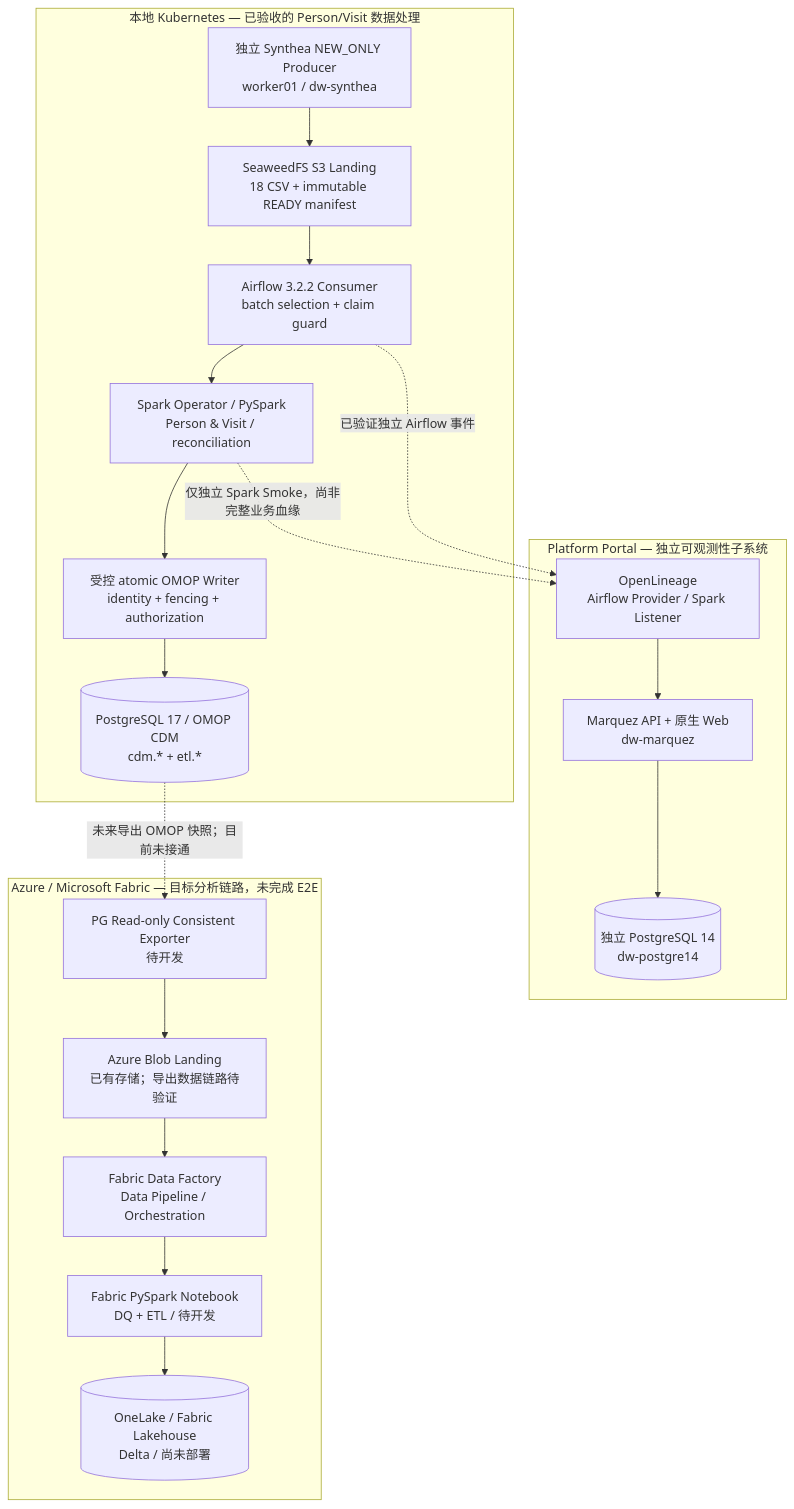
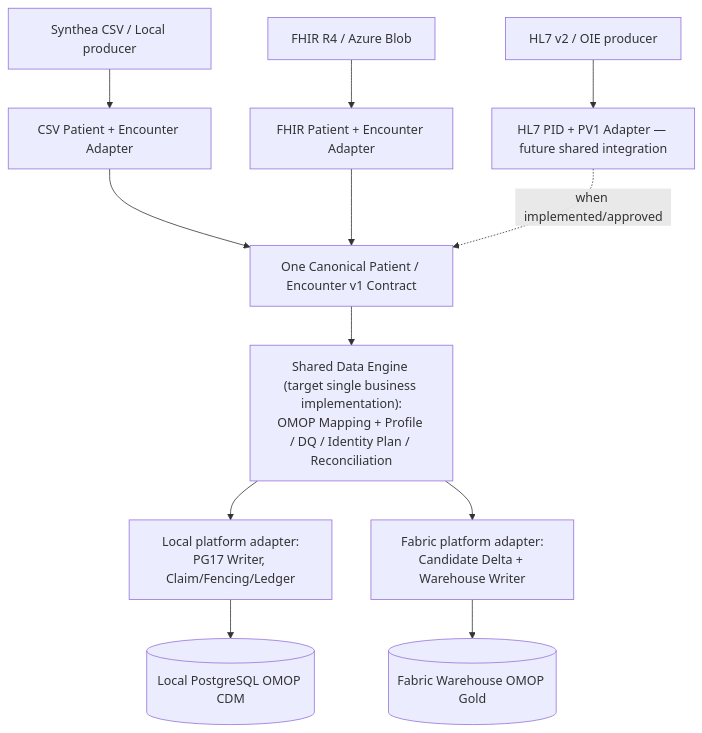
One commit to JohnZhang-DataForge/healthcare-data-platform changed the diagram in documents/architecture/SYSTEM-OVERVIEW.md. Above: the diagram before and after it, drawn with Mermaid. The commit also changed other lines of this file, not shown here.

Commit message:
docs(architecture): restore canonical-first shared multi-source design

````diff
--- a/documents/architecture/SYSTEM-OVERVIEW.md
+++ b/documents/architecture/SYSTEM-OVERVIEW.md
@@ -16,29 +16,14 @@
 ```mermaid
 flowchart TB
-    subgraph LOCAL["本地 Kubernetes — 已验收的 Person/Visit 数据处理"]
-        SYN["独立 Synthea NEW_ONLY Producer<br/>worker01 / dw-synthea"]
-        S3["SeaweedFS S3 Landing<br/>18 CSV + immutable READY manifest"]
-        AF["Airflow 3.2.2 Consumer<br/>batch selection + claim guard"]
-        SP["Spark Operator / PySpark<br/>Person & Visit / reconciliation"]
-        WR["受控 atomic OMOP Writer<br/>identity + fencing + authorization"]
-        PG[("PostgreSQL 17 / OMOP CDM<br/>cdm.* + etl.*")]
-        SYN --> S3 --> AF --> SP --> WR --> PG
-    end
-    subgraph PORTAL["Platform Portal — 独立可观测性子系统"]
-        OL["OpenLineage<br/>Airflow Provider / Spark Listener"]
-        MQ["Marquez API + 原生 Web<br/>dw-marquez"]
-        MP[("独立 PostgreSQL 14<br/>dw-postgre14")]
-        OL --> MQ --> MP
-    end
-    AF -. "已验证独立 Airflow 事件" .-> OL
-    SP -. "仅独立 Spark Smoke，尚非完整业务血缘" .-> OL
-    subgraph CLOUD["Azure / Microsoft Fabric — 目标分析链路，未完成 E2E"]
-        EX["PG Read-only Consistent Exporter<br/>待开发"]
-        BL["Azure Blob Landing<br/>已有存储；导出数据链路待验证"]
-        DF["Fabric Data Factory<br/>Data Pipeline / Orchestration"]
-        NB["Fabric PySpark Notebook<br/>DQ + ETL / 待开发"]
-        LH[("OneLake / Fabric Lakehouse<br/>Delta / 尚未部署")]
-        EX --> BL --> DF --> NB --> LH
-    end
-    PG -. "未来导出 OMOP 快照；目前未接通" .-> EX
+  CSV["Synthea CSV / Local producer"] --> CA["CSV Patient + Encounter Adapter"]
+  FHIR["FHIR R4 / Azure Blob"] --> FA["FHIR Patient + Encounter Adapter"]
+  HL7["HL7 v2 / OIE producer"] --> HA["HL7 PID + PV1 Adapter — future shared integration"]
+  CA --> CAN["One Canonical Patient / Encounter v1 Contract"]
+  FA --> CAN
+  HA -. "when implemented/approved" .-> CAN
+  CAN --> SH["Shared Data Engine (target single business implementation):<br/>OMOP Mapping + Profile / DQ / Identity Plan / Reconciliation"]
+  SH --> LP["Local platform adapter:<br/>PG17 Writer, Claim/Fencing/Ledger"]
+  SH --> FP["Fabric platform adapter:<br/>Candidate Delta + Warehouse Writer"]
+  LP --> PG[("Local PostgreSQL OMOP CDM")]
+  FP --> FW[("Fabric Warehouse OMOP Gold")]
 ```
````
